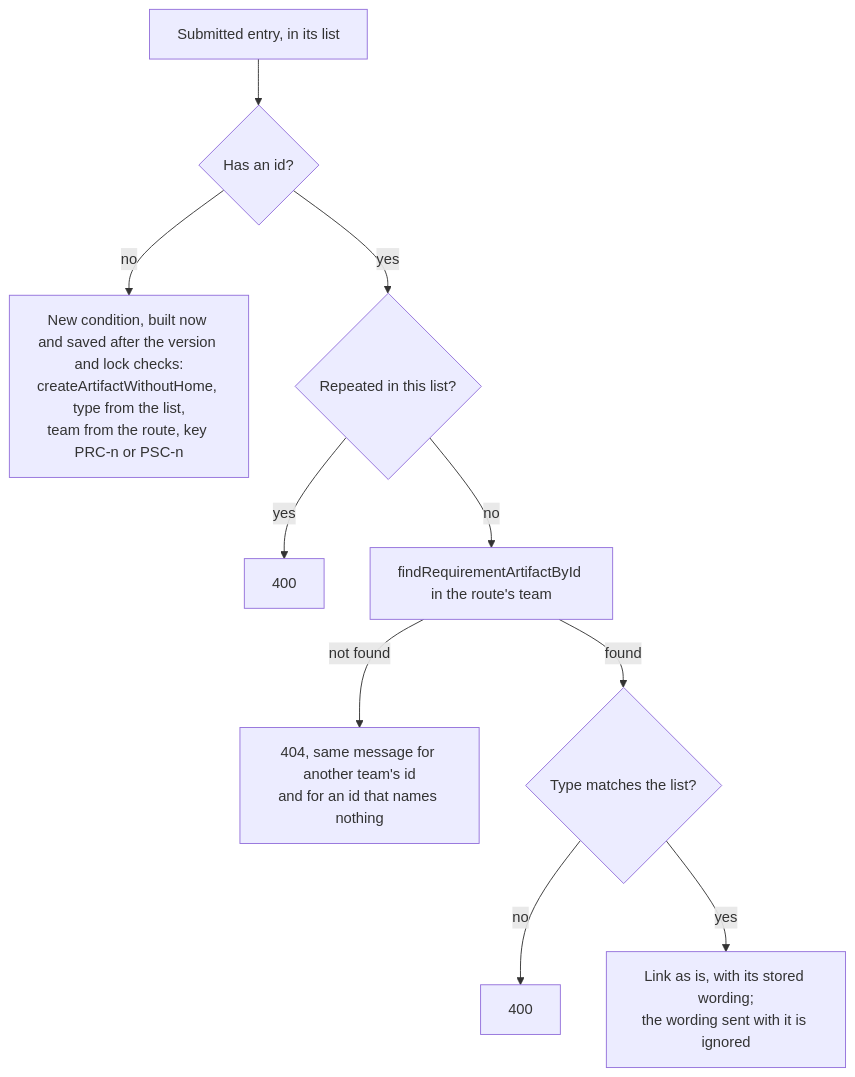
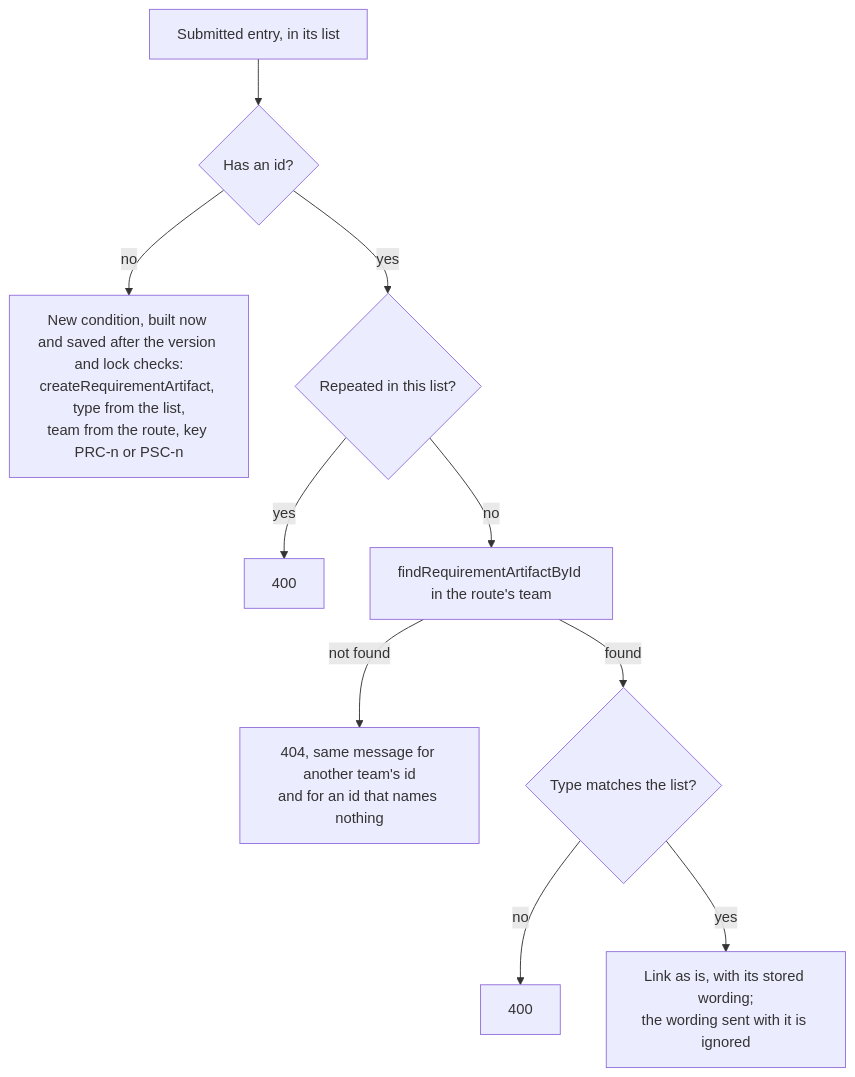
The fourth of 8 diagrams in docs/design/doc.md (Washingtonwei/project-pulse), drawn with Mermaid before and after one commit. The commit also changed other lines of this file and 15 other files, not shown here.

First line of the commit message:
Make createRequirementArtifact the only way to create an artifact (OI-73)

````diff
--- a/docs/design/doc.md
+++ b/docs/design/doc.md
@@ -206,12 +206,12 @@
 ```mermaid
 flowchart TD
     A[Submitted entry, in its list] --> B{Has an id?}
-    B -- no --> N[New condition, built now and saved after the version and lock checks:<br/>createArtifactWithoutHome, type from the list,<br/>team from the route, key PRC-n or PSC-n]
+    B -- no --> N[New condition, built now and saved after the version and lock checks:<br/>createRequirementArtifact, type from the list,<br/>team from the route, key PRC-n or PSC-n]
     B -- yes --> D{Repeated in this list?}
     D -- yes --> X400d[400]
     D -- no --> L[findRequirementArtifactById in the route's team]
     L -- not found --> X404[404, same message for another team's id<br/>and for an id that names nothing]
     L -- found --> T{Type matches the list?}
     T -- no --> X400a[400]
     T -- yes --> K[Link as is, with its stored wording;<br/>the wording sent with it is ignored]
 ```
````
